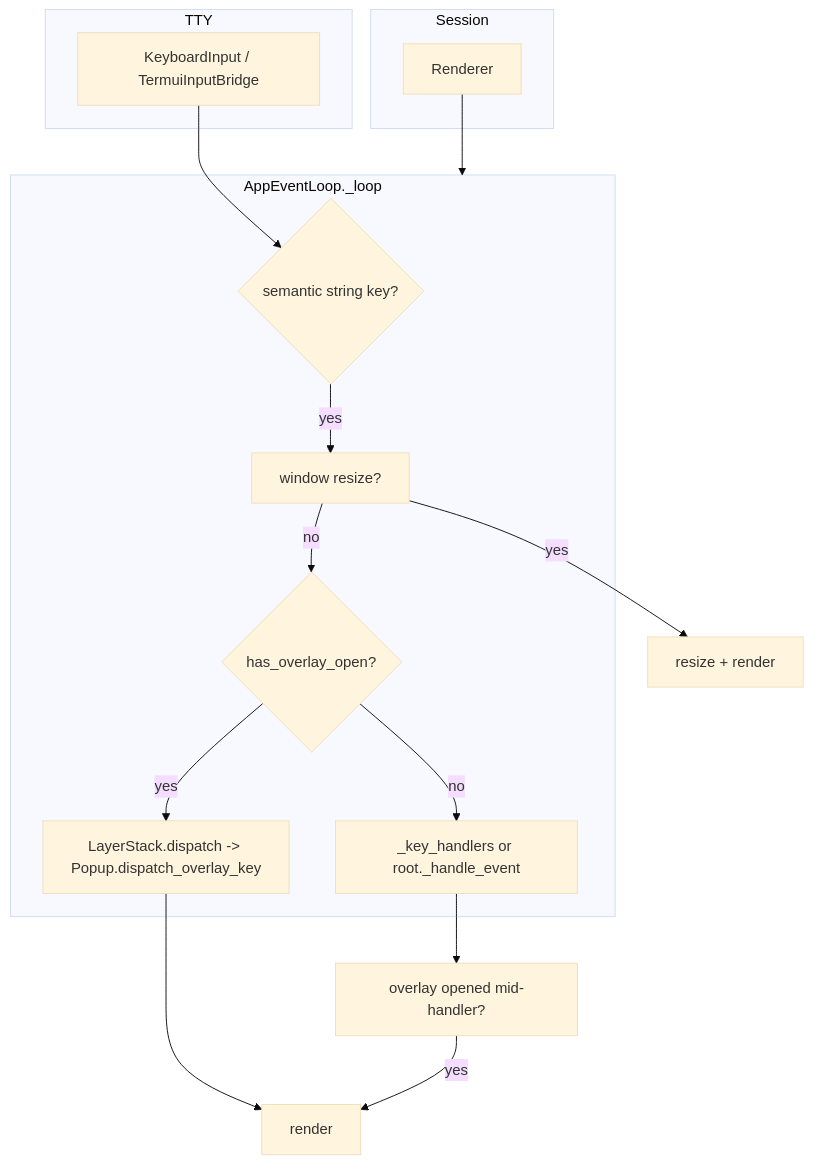
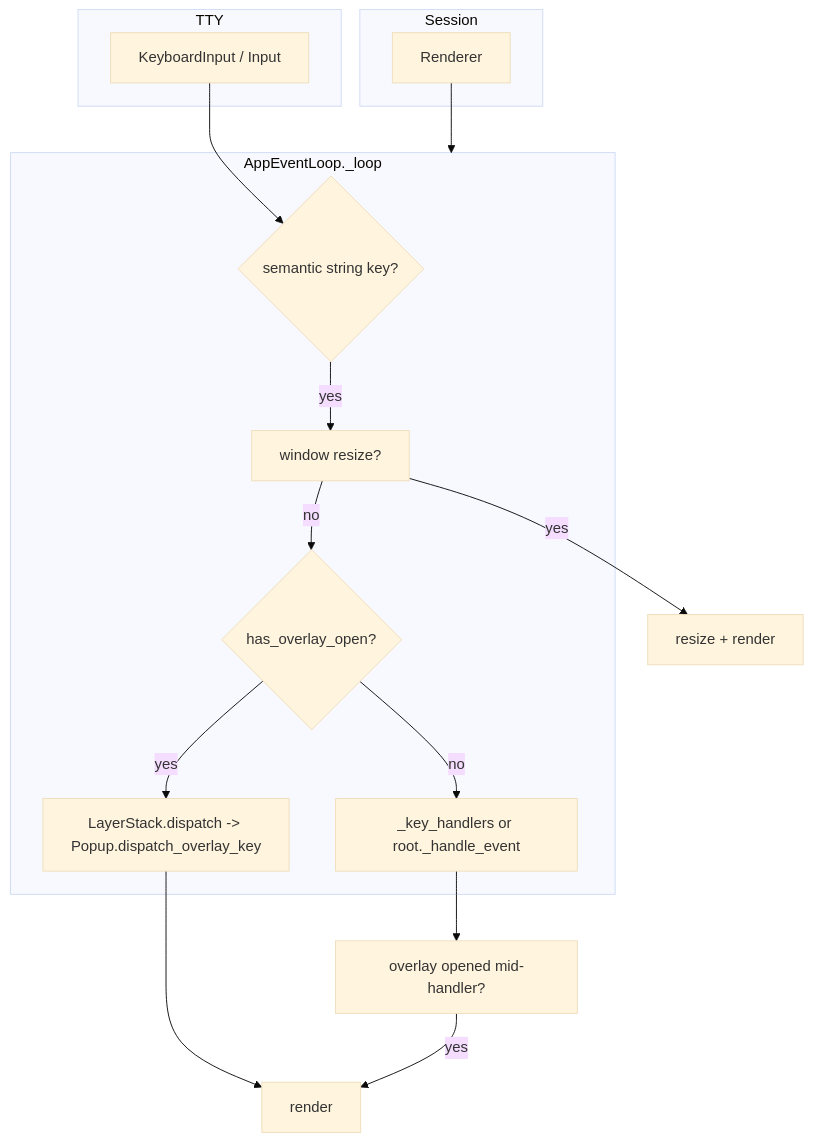
The first of 4 diagrams in pigit/termui/README.md (zlj-zz/pigit), drawn with Mermaid (base theme) before and after one commit. The commit also changed other lines of this file and 94 other files, not shown here.

````diff
--- a/pigit/termui/README.md
+++ b/pigit/termui/README.md
@@ -19,26 +19,26 @@
 ```mermaid
 flowchart TB
     subgraph tty["TTY"]
-        KB[KeyboardInput / TermuiInputBridge]
+        KB[KeyboardInput / Input]
     end
     subgraph session["Session"]
         R[Renderer]
     end
     subgraph loop["AppEventLoop._loop"]
         D{semantic string key?}
         RS["window resize?"]
         OV{has_overlay_open?}
         OVR[LayerStack.dispatch -> Popup.dispatch_overlay_key]
         APP[_key_handlers or root._handle_event]
     end
     KB --> D
     D -->|yes| RS
     RS -->|yes| resize[resize + render]
     RS -->|no| OV
     OV -->|yes| OVR
     OV -->|no| APP
     OVR --> render1[render]
     APP --> maybe[overlay opened mid-handler?]
     maybe -->|yes| render1
     R --> loop
 ```
````
